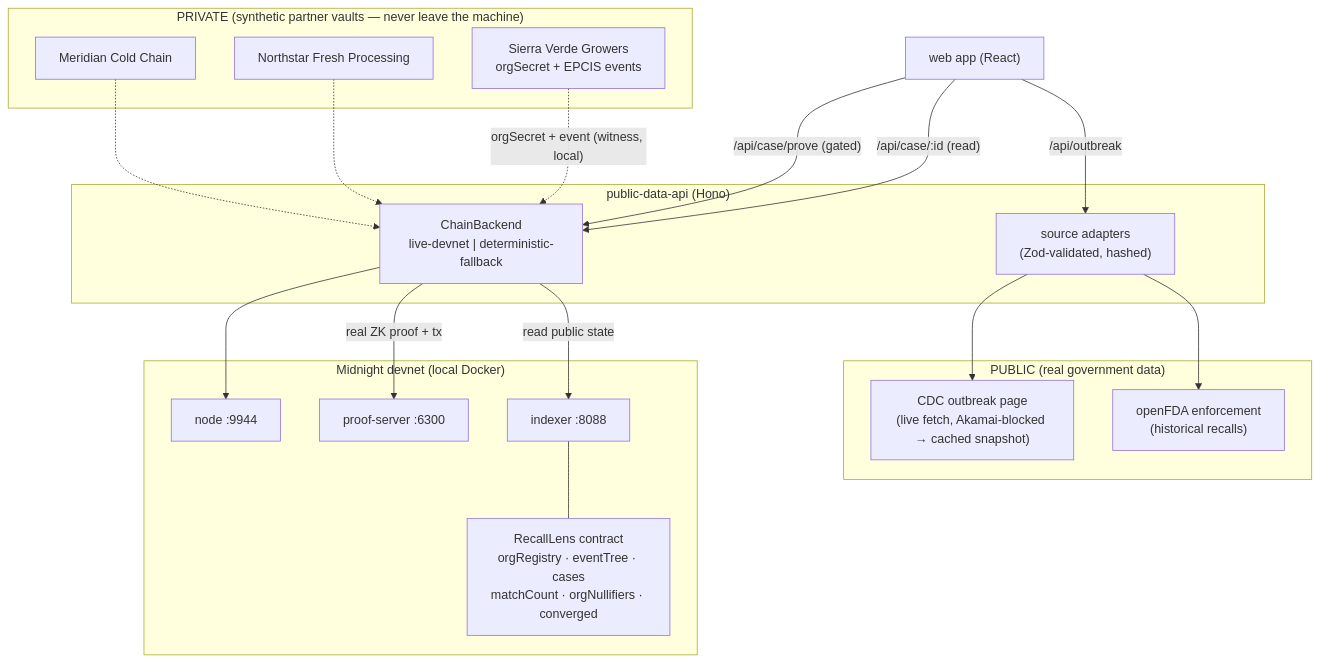
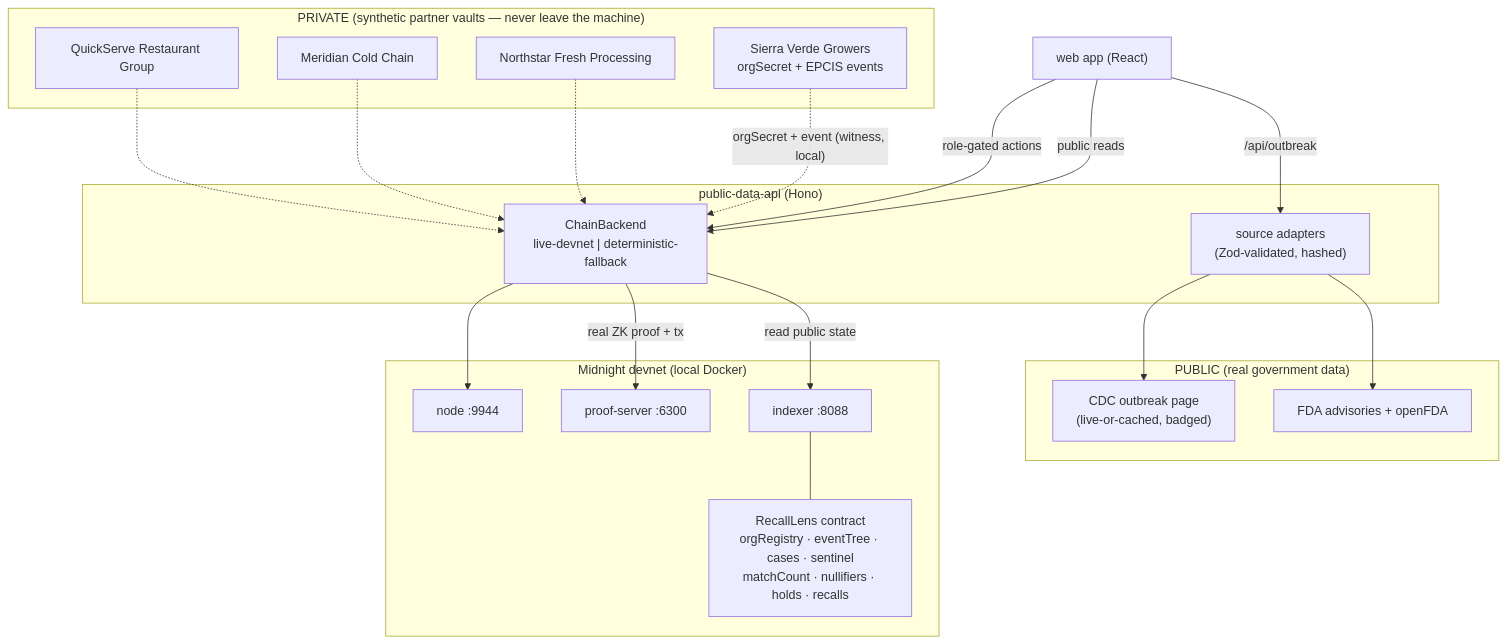
Before and after one commit to tanushsavadi/recalllens: the diagram in docs/ARCHITECTURE.md, drawn with Mermaid. The commit also changed other lines of this file and 2 other files, not shown here.

First line of the commit message:
docs: fold Sentinel architecture into ARCHITECTURE.md

````diff
--- a/docs/ARCHITECTURE.md
+++ b/docs/ARCHITECTURE.md
@@ -28,38 +34,40 @@
 ```mermaid
 flowchart TB
   subgraph Public["PUBLIC (real government data)"]
-    CDC["CDC outbreak page\n(live fetch, Akamai-blocked → cached snapshot)"]
-    FDA["openFDA enforcement\n(historical recalls)"]
+    CDC["CDC outbreak page\n(live-or-cached, badged)"]
+    FDA["FDA advisories + openFDA"]
   end
 
   subgraph Private["PRIVATE (synthetic partner vaults — never leave the machine)"]
     V1["Sierra Verde Growers\norgSecret + EPCIS events"]
     V2["Northstar Fresh Processing"]
     V3["Meridian Cold Chain"]
+    V4["QuickServe Restaurant Group"]
   end
 
   subgraph API["public-data-api (Hono)"]
     ADPT["source adapters\n(Zod-validated, hashed)"]
     BE["ChainBackend\nlive-devnet | deterministic-fallback"]
   end
 
   subgraph Midnight["Midnight devnet (local Docker)"]
     NODE["node :9944"]
     PS["proof-server :6300"]
     IDX["indexer :8088"]
-    C["RecallLens contract\norgRegistry · eventTree · cases\nmatchCount · orgNullifiers · converged"]
+    C["RecallLens contract\norgRegistry · eventTree · cases · sentinel\nmatchCount · nullifiers · holds · recalls"]
   end
 
   WEB["web app (React)"] -->|"/api/outbreak"| ADPT
   ADPT --> CDC
   ADPT --> FDA
-  WEB -->|"/api/case/:id (read)"| BE
-  WEB -->|"/api/case/prove (gated)"| BE
+  WEB -->|"public reads"| BE
+  WEB -->|"role-gated actions"| BE
   BE -->|"real ZK proof + tx"| PS
   BE --> NODE
   BE -->|"read public state"| IDX
   IDX --- C
   V1 -.->|"orgSecret + event (witness, local)"| BE
   V2 -.-> BE
   V3 -.-> BE
+  V4 -.-> BE
 ```
````
